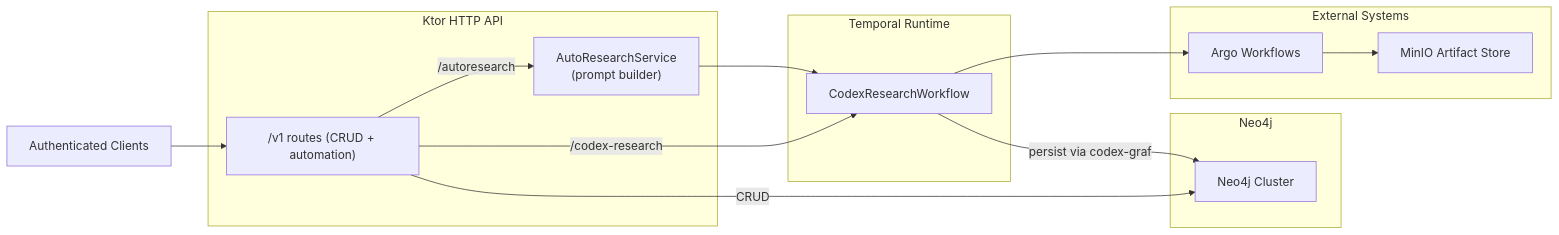
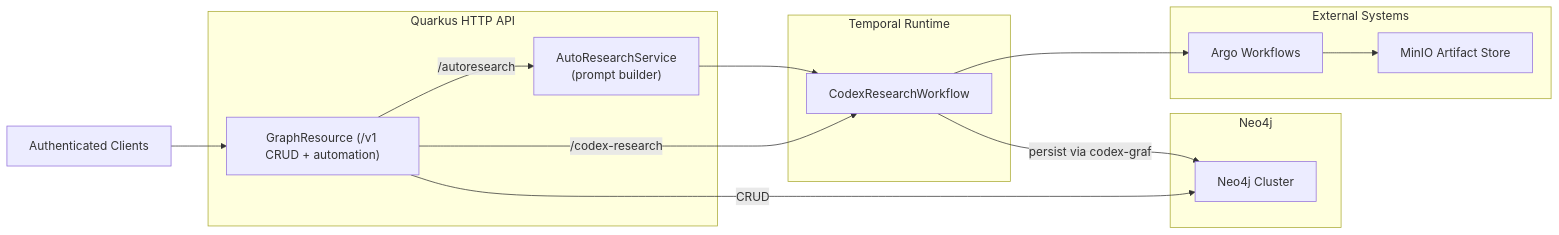
One commit to proompteng/lab changed the first of 2 diagrams in docs/graf-current-state.md. Above: the diagram before and after it, drawn with Mermaid. The commit also changed other lines of this file and 6 other files, not shown here.

````diff
--- a/docs/graf-current-state.md
+++ b/docs/graf-current-state.md
@@ -35,27 +36,27 @@
 ```mermaid
 flowchart LR
-    subgraph API["Ktor HTTP API"]
-        Routes["/v1 routes (CRUD + automation)"]
+    subgraph API["Quarkus HTTP API"]
+        Routes["GraphResource (/v1 CRUD + automation)"]
         AutoPrompt["AutoResearchService\n(prompt builder)"]
     end
     subgraph Persistence["Neo4j"]
         Neo4jDB["Neo4j Cluster"]
     end
     subgraph Temporal["Temporal Runtime"]
         CodexWF["CodexResearchWorkflow"]
     end
     subgraph External["External Systems"]
         Argo["Argo Workflows"]
         Minio["MinIO Artifact Store"]
     end
 
     Client["Authenticated Clients"] --> Routes
     Routes -->|CRUD| Neo4jDB
     Routes -->|/codex-research| CodexWF
     Routes -->|/autoresearch| AutoPrompt
     AutoPrompt --> CodexWF
 
     CodexWF --> Argo
     Argo --> Minio
     CodexWF -->|persist via codex-graf| Neo4jDB
 ```
````
